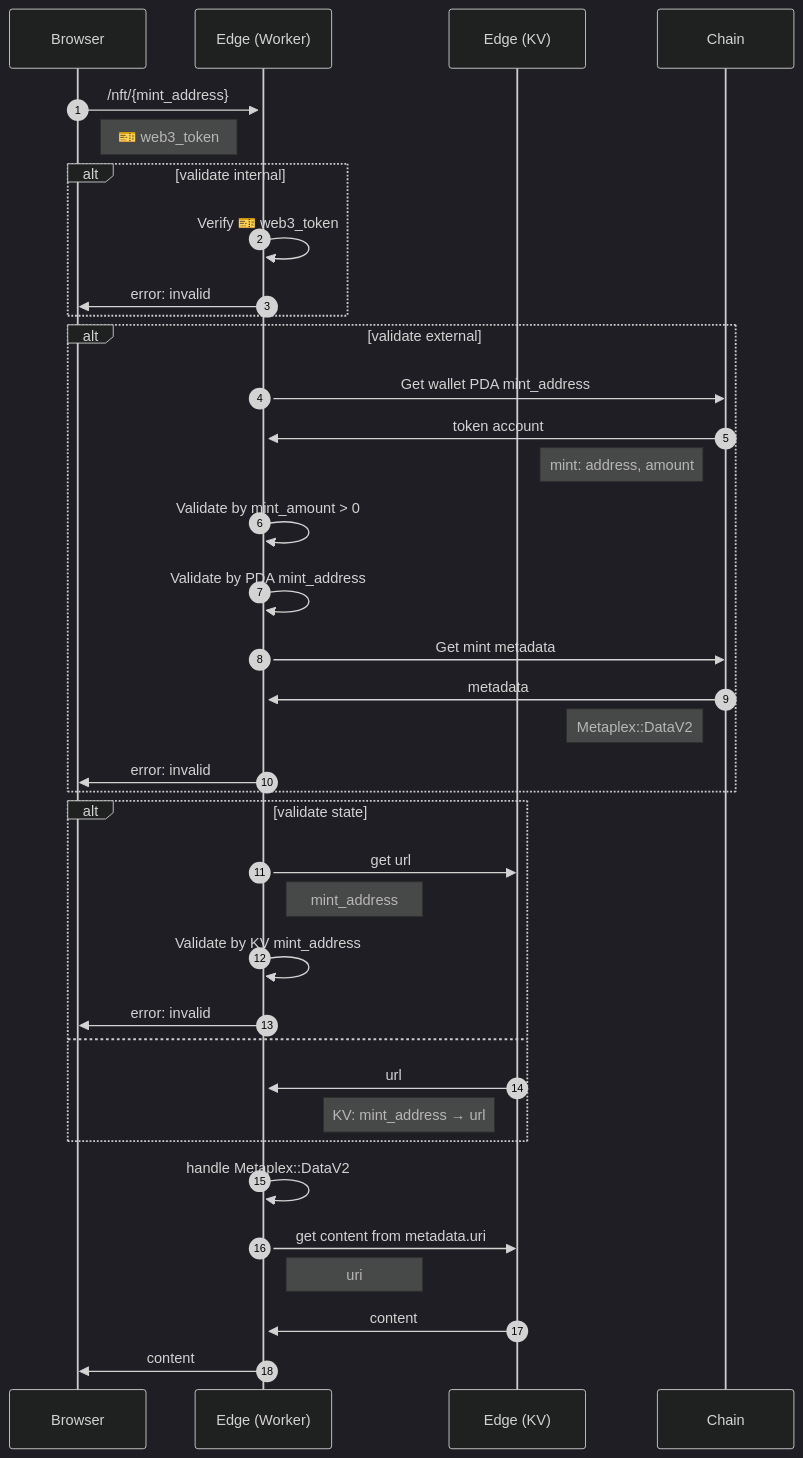
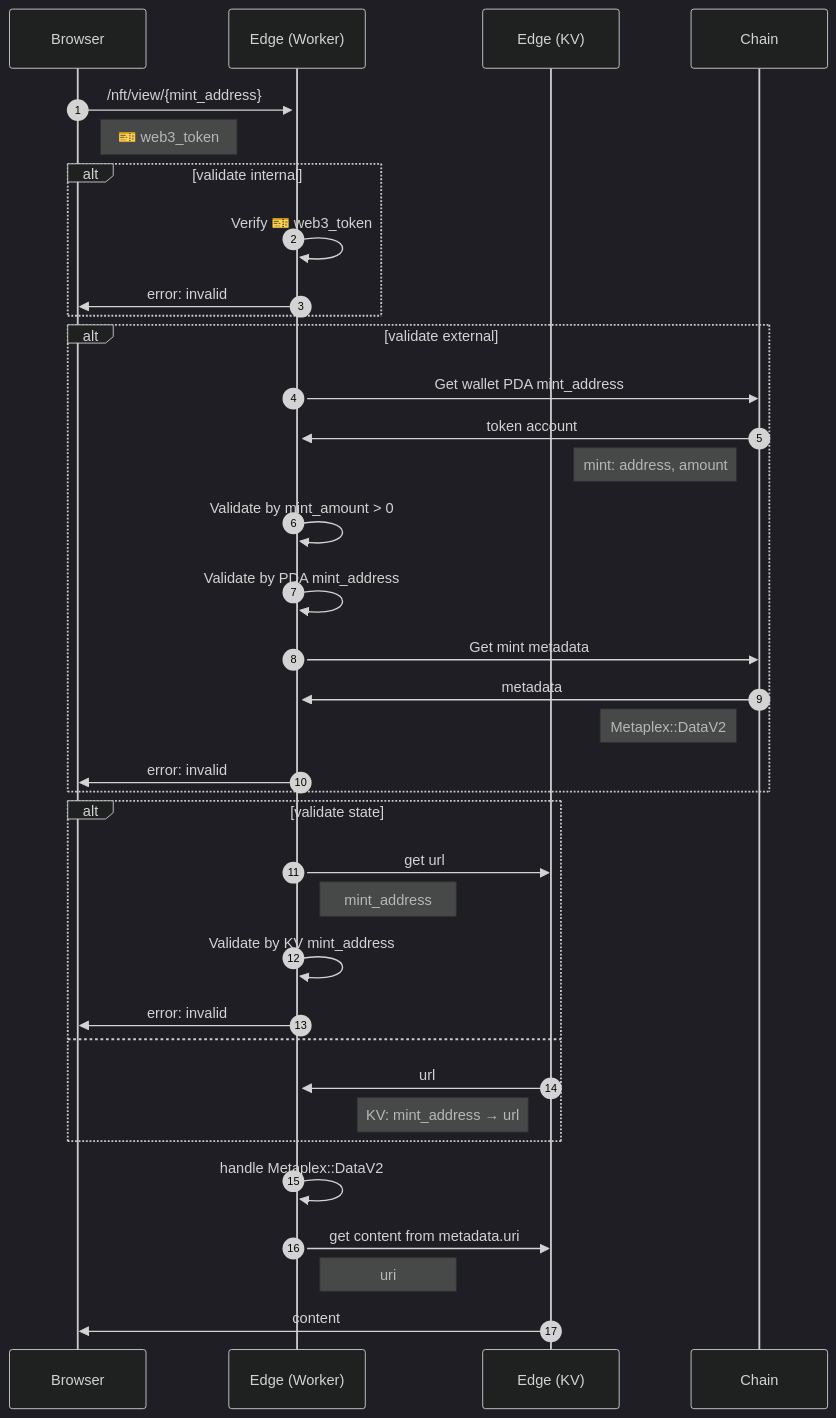
The sixth of 7 diagrams in src/solana/nft-memberships.md (gist-rs/book), drawn with Mermaid (dark theme) before and after one commit. The commit also changed other lines of this file, not shown here.

Commit message:
add publish as NFT

````diff
--- a/src/solana/nft-memberships.md
+++ b/src/solana/nft-memberships.md
@@ -83,45 +118,44 @@
 ```mermaid
 sequenceDiagram
   autonumber
   participant browser as Browser
   participant edge as Edge (Worker)
   participant cf_kv as Edge (KV)
   participant chain as Chain
 
-  browser->>+edge: /nft/{mint_address}
+  browser->>+edge: /nft/view/{mint_address}
   Note right of browser: 🎫 web3_token
 
   alt validate internal
     edge->>edge: Verify 🎫 web3_token
     edge->>browser: error: invalid
   end
 
   alt validate external
     edge->>chain: Get wallet PDA mint_address
     chain->>edge: token account
     Note left of chain: mint: address, amount
     edge->>edge: Validate by mint_amount > 0
     edge->>edge: Validate by PDA mint_address
     edge->>chain: Get mint metadata
     chain->>edge: metadata
     Note left of chain: Metaplex::DataV2
     edge->>browser: error: invalid
   end
 
   alt validate state
     edge->>cf_kv: get url
     Note right of edge: mint_address
     edge->>edge: Validate by KV mint_address
     edge->>browser: error: invalid
   else
     cf_kv->>edge: url
     Note left of cf_kv: KV: mint_address → url
   end
 
   edge->>edge: handle Metaplex::DataV2
   edge->>cf_kv: get content from metadata.uri
   Note right of edge: uri
-  cf_kv->>edge: content
-  edge->>browser: content
+  cf_kv->>browser: content
 
 ```
````
